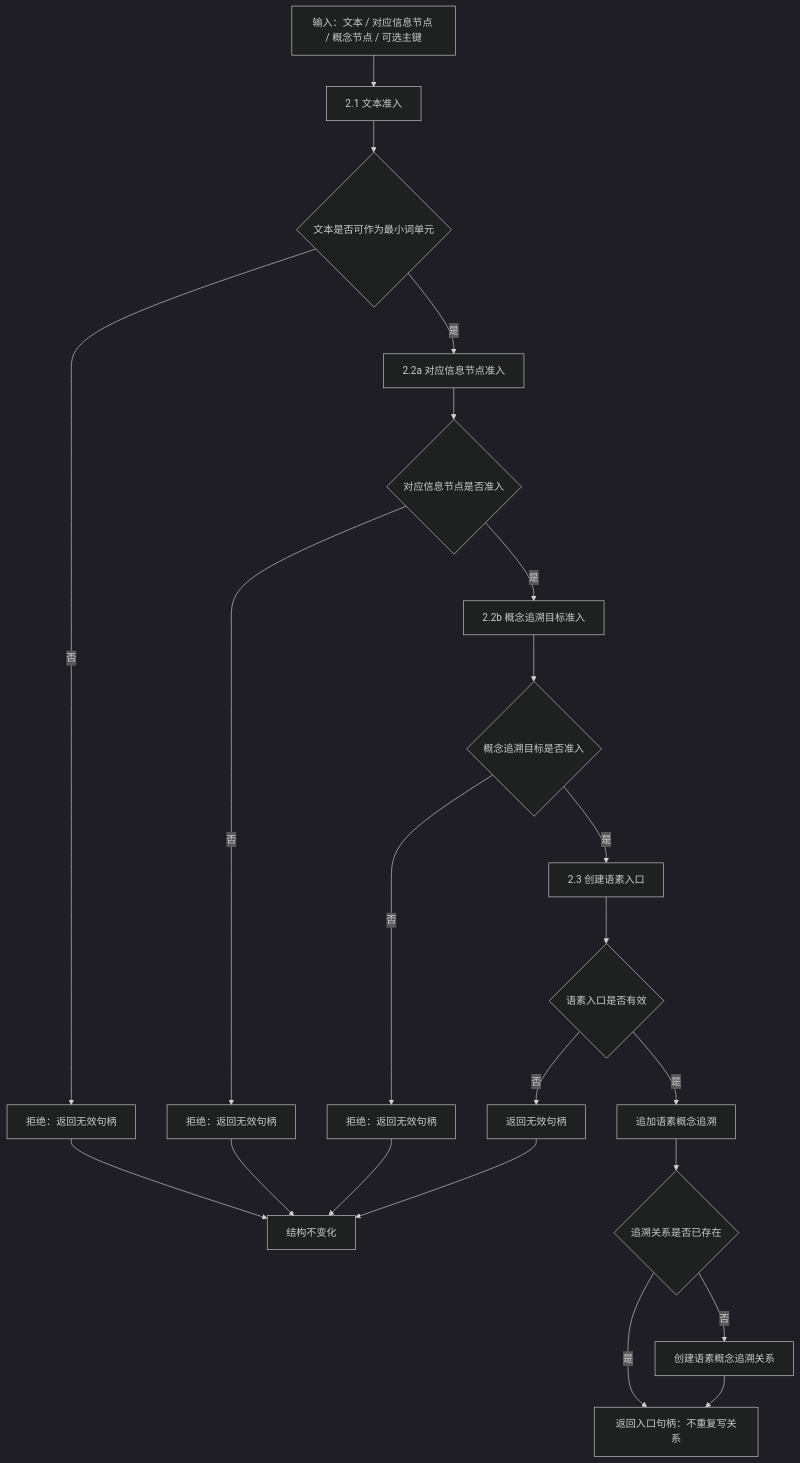
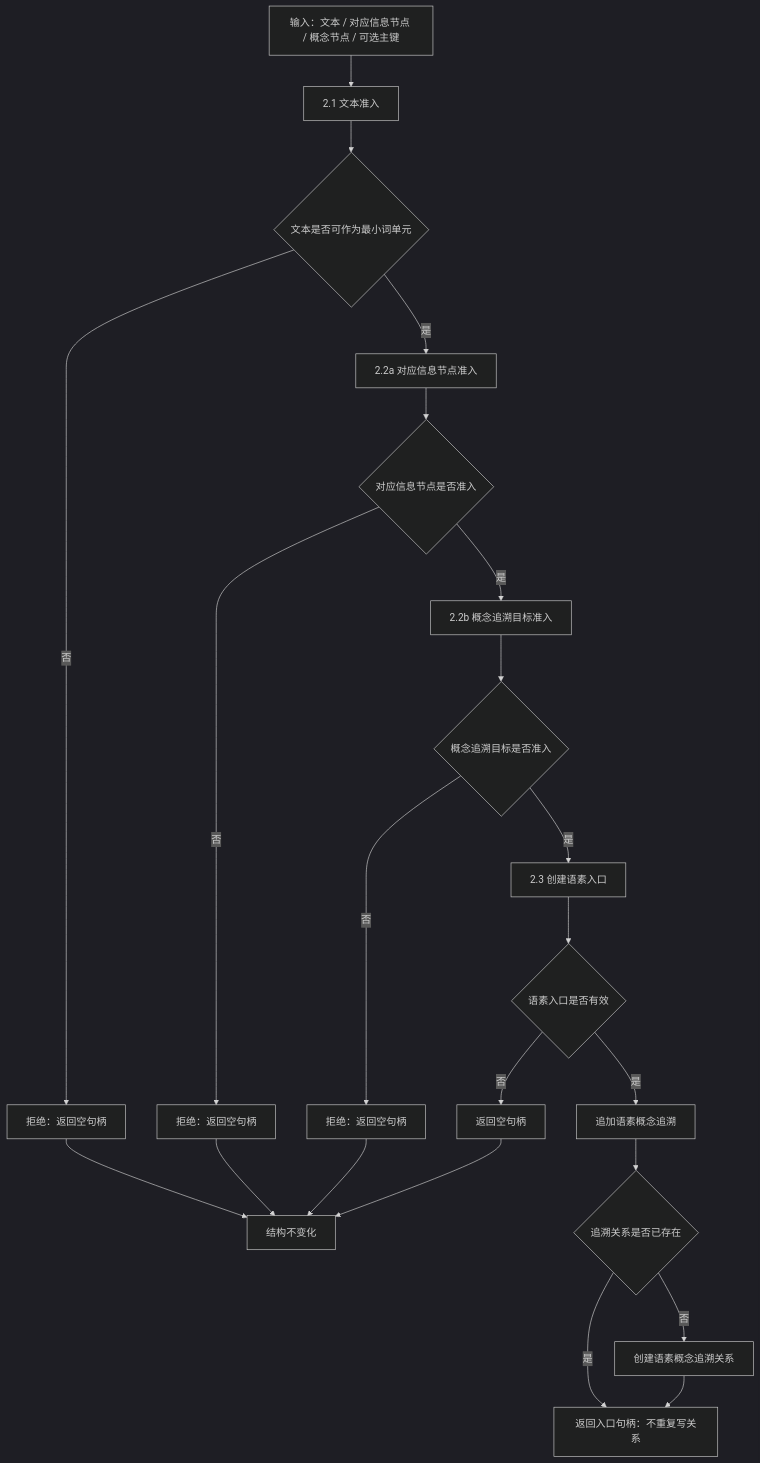
The diagram in 流程图/20260708_语素概念入口与追溯子流程图_v0.1.md (chunhaizh-cyber/HY-Ego), drawn with Mermaid (dark theme) before and after one commit. The commit also changed other lines of this file and 66 other files, not shown here.

Commit message:
执行流程图异常口径修订计划

````diff
--- a/流程图/20260708_语素概念入口与追溯子流程图_v0.1.md
+++ b/流程图/20260708_语素概念入口与追溯子流程图_v0.1.md
@@ -18,24 +18,24 @@
 ```mermaid
 flowchart TD
     A["输入：文本 / 对应信息节点 / 概念节点 / 可选主键"] --> B["2.1 文本准入"]
     B --> C{"文本是否可作为最小词单元"}
-    C -- "否" --> R1["拒绝：返回无效句柄"]
+    C -- "否" --> R1["拒绝：返回空句柄"]
     R1 --> X["结构不变化"]
     C -- "是" --> D["2.2a 对应信息节点准入"]
     D --> E{"对应信息节点是否准入"}
-    E -- "否" --> R2["拒绝：返回无效句柄"]
+    E -- "否" --> R2["拒绝：返回空句柄"]
     R2 --> X
     E -- "是" --> E2["2.2b 概念追溯目标准入"]
     E2 --> E3{"概念追溯目标是否准入"}
-    E3 -- "否" --> R4["拒绝：返回无效句柄"]
+    E3 -- "否" --> R4["拒绝：返回空句柄"]
     R4 --> X
     E3 -- "是" --> F["2.3 创建语素入口"]
     F --> G{"语素入口是否有效"}
-    G -- "否" --> R3["返回无效句柄"]
+    G -- "否" --> R3["返回空句柄"]
     R3 --> X
     G -- "是" --> H["追加语素概念追溯"]
     H --> I{"追溯关系是否已存在"}
     I -- "是" --> J["返回入口句柄：不重复写关系"]
     I -- "否" --> K["创建语素概念追溯关系"]
     K --> J
 ```
````
